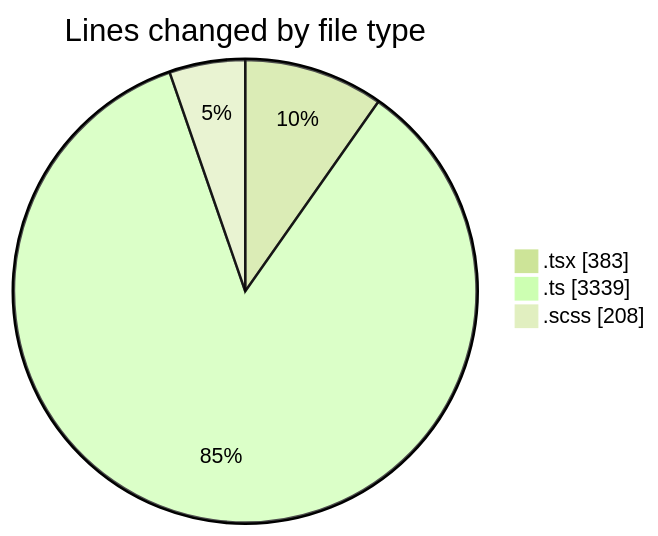
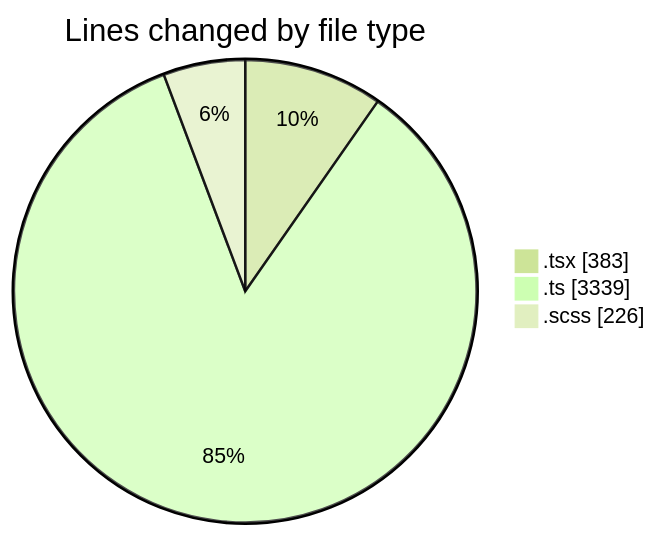
The first of 2 diagrams in 2025-09-17/cda/README.md (momahboobian/code-tracking), drawn with Mermaid (forest theme) before and after one commit. The commit also changed other lines of this file and 1 other file, not shown here.

````diff
--- a/2025-09-17/cda/README.md
+++ b/2025-09-17/cda/README.md
@@ -24,7 +24,7 @@
 ```mermaid
 pie showData
 title Lines changed by file type
 ".tsx" : 383
 ".ts" : 3339
-".scss" : 208
+".scss" : 226
 ```
````
